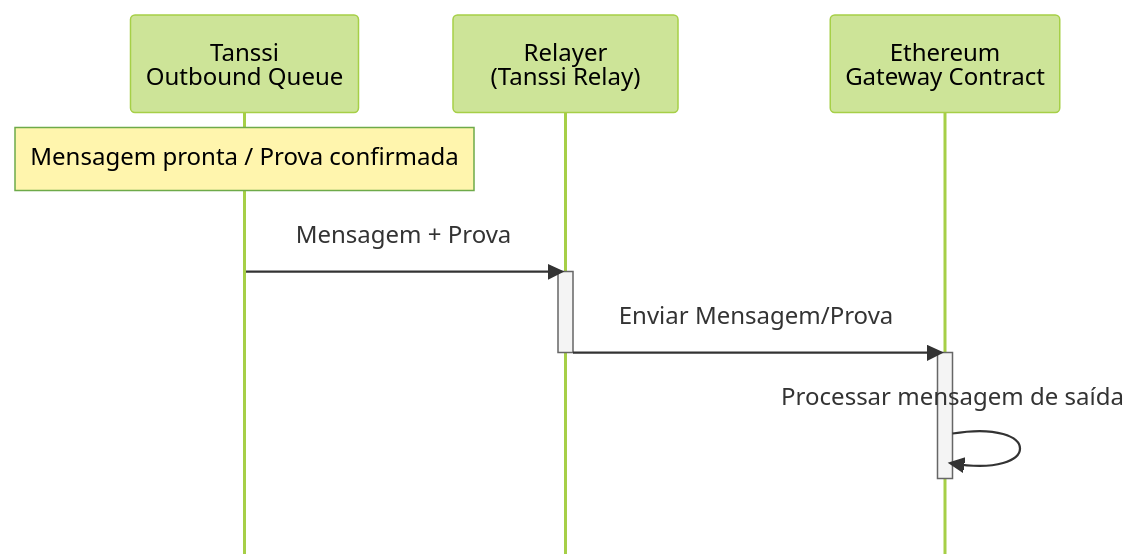
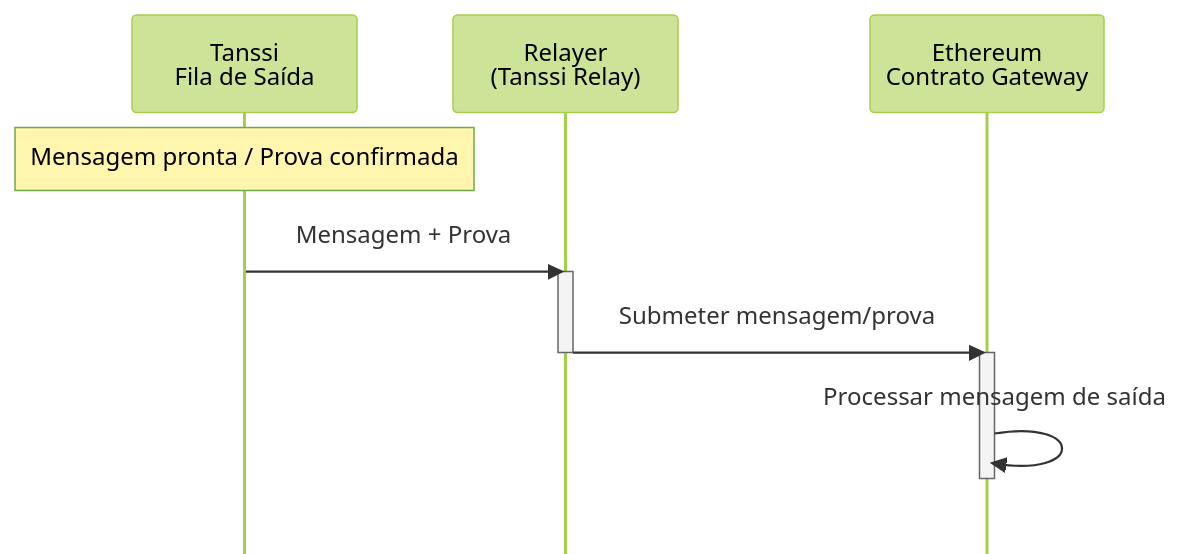
One commit to moondance-labs/tanssi-docs changed the fourth of 7 diagrams in pt/learn/tanssi/tanssi-ethereum-bridge.md. Above: the diagram before and after it, drawn with Mermaid (forest theme). The commit also changed other lines of this file and 91 other files, not shown here.

````diff
--- a/pt/learn/tanssi/tanssi-ethereum-bridge.md
+++ b/pt/learn/tanssi/tanssi-ethereum-bridge.md
@@ -113,17 +114,17 @@
 ```mermaid
 sequenceDiagram
     %%{init: {'sequence': {'mirrorActors': false}}}%%
-    participant Tanssi_OutQueue as Tanssi <br/> Outbound Queue
+    participant Tanssi_OutQueue as Tanssi <br/> Fila de Saída
     participant Para_Relay as Relayer <br/> (Tanssi Relay)
-    participant Eth_Gateway as Ethereum <br/> Gateway Contract
+    participant Eth_Gateway as Ethereum <br/> Contrato Gateway
 
     Note over Tanssi_OutQueue: Mensagem pronta / Prova confirmada
     Tanssi_OutQueue->>Para_Relay: Mensagem + Prova
     activate Para_Relay
-    Para_Relay->>Eth_Gateway: Enviar Mensagem/Prova
+    Para_Relay->>Eth_Gateway: Submeter mensagem/prova
     deactivate Para_Relay
 
     activate Eth_Gateway
     Eth_Gateway->>Eth_Gateway: Processar mensagem de saída
     deactivate Eth_Gateway
 ```
````
